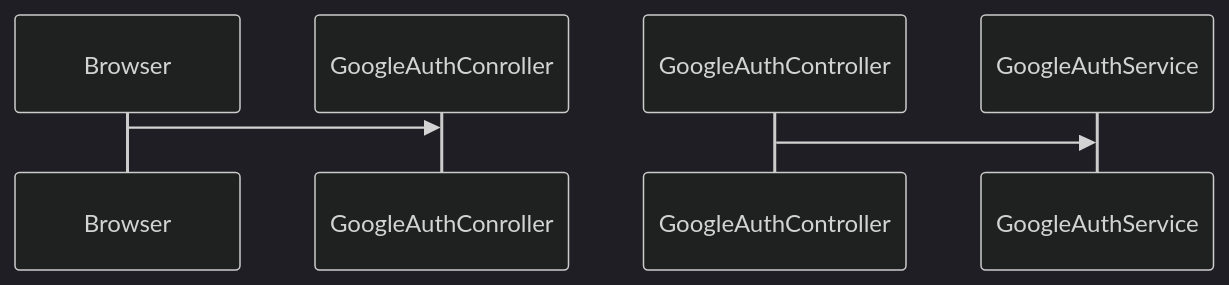
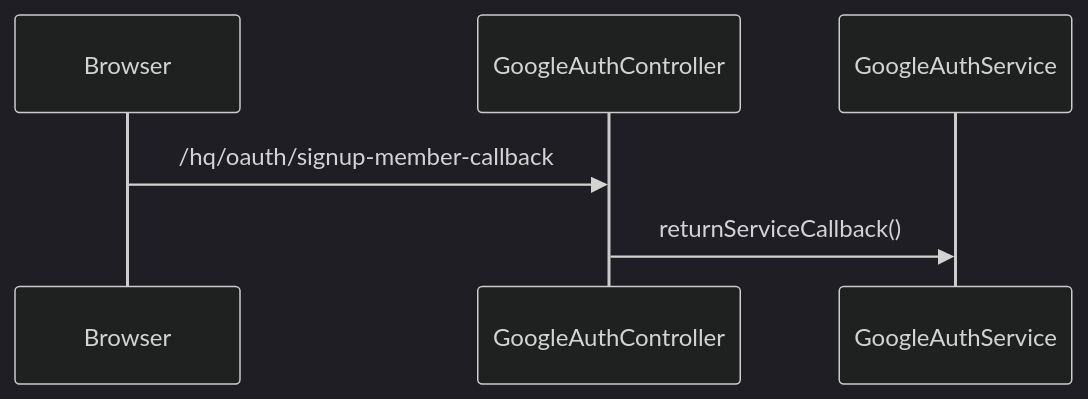
One commit to Ye-Jun/SSO changed the second of 3 diagrams in Architecture.md. Above: the diagram before and after it, drawn with Mermaid (dark theme). The commit also changed other lines of this file, not shown here.

Commit message:
Architecture.md updated from https://stackedit.io/

````diff
--- a/Architecture.md
+++ b/Architecture.md
@@ -31,5 +31,6 @@
 ```mermaid
 sequenceDiagram
-Browser ->> GoogleAuthConroller : 
-GoogleAuthController ->> GoogleAuthService :
+Browser ->> GoogleAuthController : /hq/oauth/signup-member-callback
+GoogleAuthController ->> GoogleAuthService : returnServiceCallback()
+
 ```
````
